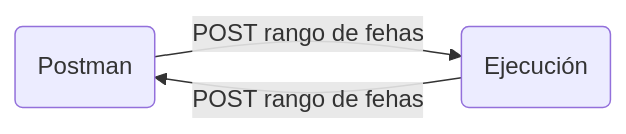
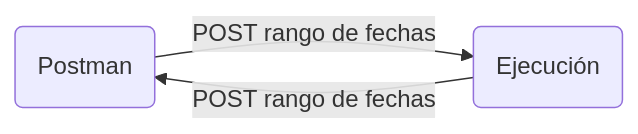
Before and after one commit to alejandronotario/mlops-forecasting-mlflow-aws: the second of 2 diagrams in README.md, drawn with Mermaid. The commit also changed 1 other file, not shown here.

````diff
--- a/README.md
+++ b/README.md
@@ -37,4 +37,4 @@
 ```mermaid
 flowchart LR
-    A(Postman) -->|POST rango de fehas| B(Ejecución) -->|POST rango de fehas| A(Postman)
+    A(Postman) -->|POST rango de fechas| B(Ejecución) -->|POST rango de fechas| A(Postman)
 ```
````
